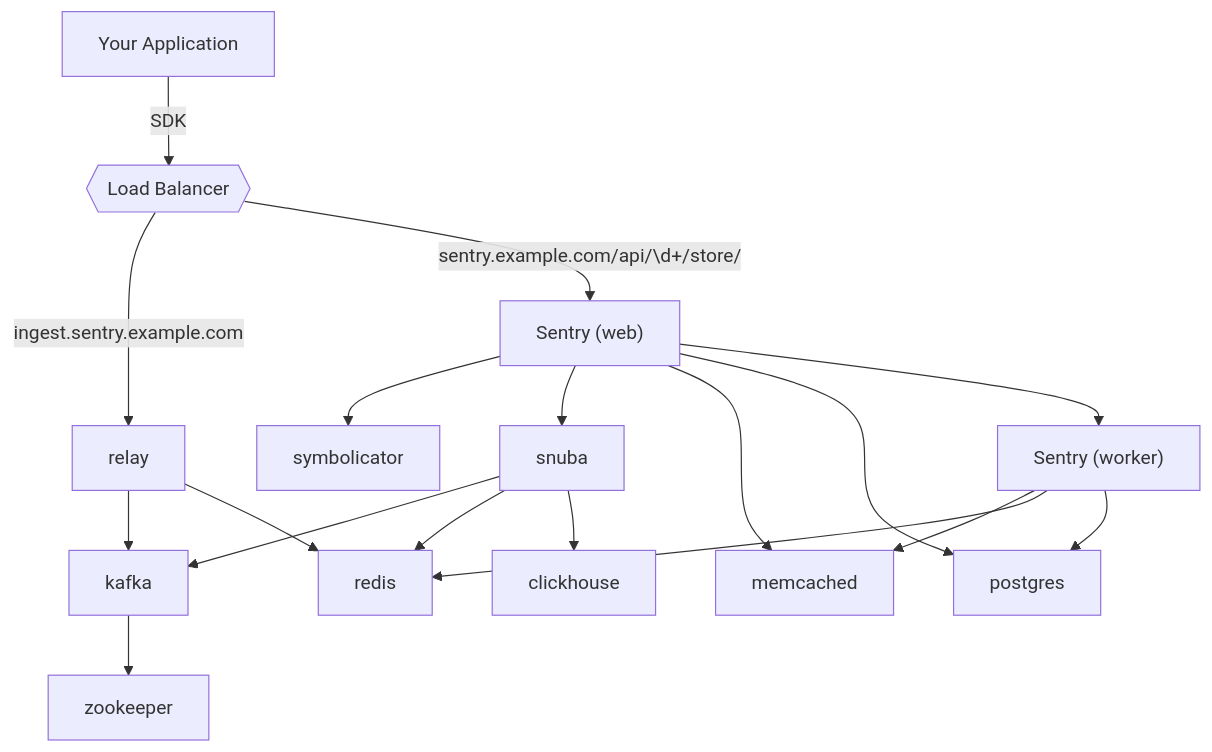
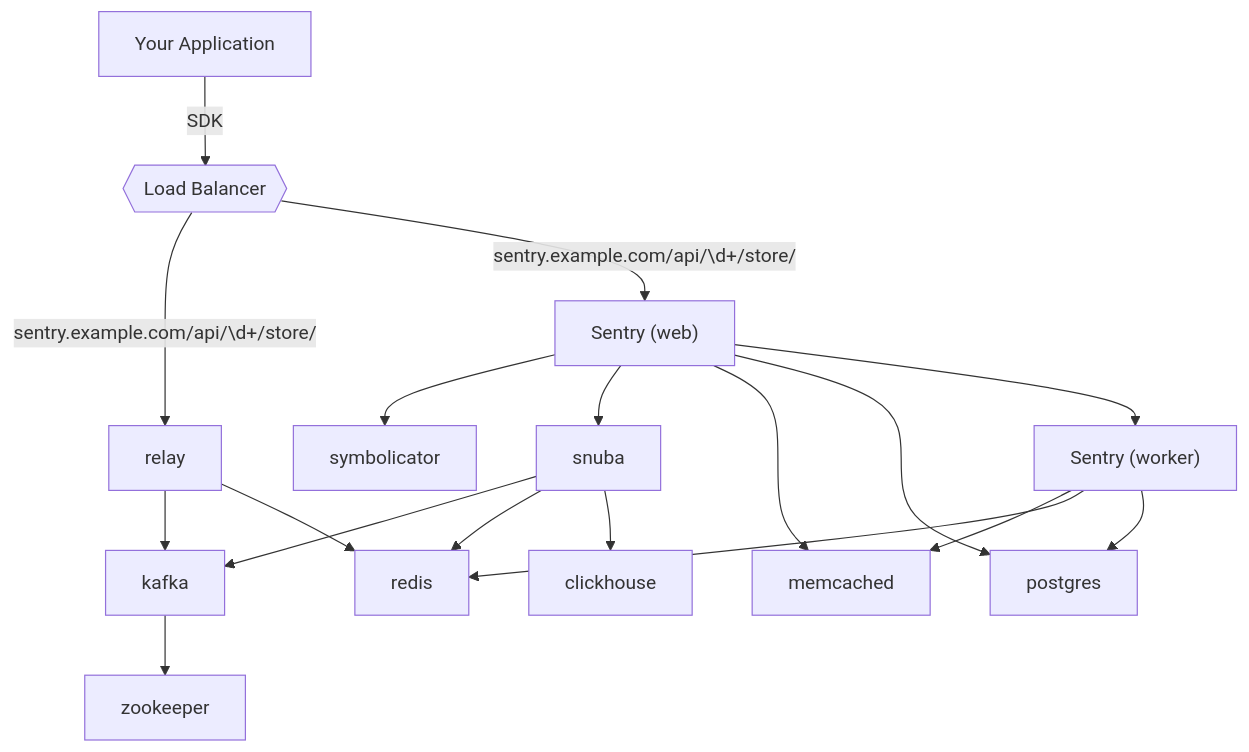
The diagram in src/docs/architecture.mdx (getsentry/develop), drawn with Mermaid before and after one commit.

````diff
--- a/src/docs/architecture.mdx
+++ b/src/docs/architecture.mdx
@@ -7,23 +7,23 @@
 ```mermaid
 graph TD
 app[Your Application] --> |SDK| lb{{Load Balancer}}
-lb --> |"ingest.sentry.example.com"| relay
+lb --> |"sentry.example.com/api/\d+/store/"| relay
 lb --> |"sentry.example.com/api/\d+/store/"| sentry_web["Sentry (web)"]
 relay --> kafka
 relay --> redis
 sentry_web --> symbolicator
 sentry_web --> snuba
 sentry_web --> memcached
 sentry_web --> postgres
 snuba --> kafka
 snuba --> redis
 snuba --> clickhouse
 kafka --> zookeeper
 sentry_web --> sentry_worker["Sentry (worker)"]
 sentry_worker --> memcached
 sentry_worker --> redis
 sentry_worker --> postgres
 
 click snuba "https://github.com/getsentry/snuba" "Snuba Documentation"
 click relay "https://github.com/getsentry/relay" "Relay Documentation"
 ```
````
